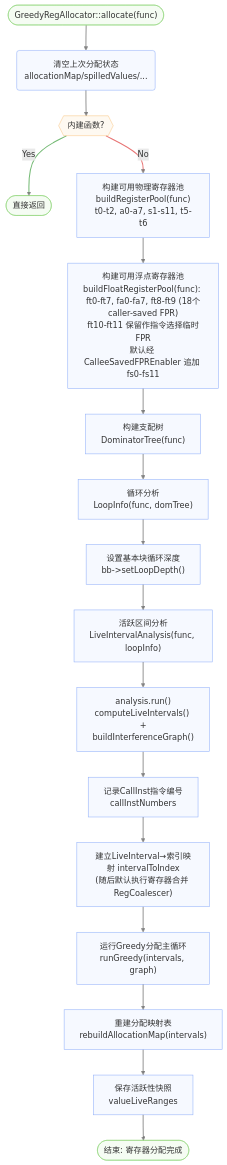
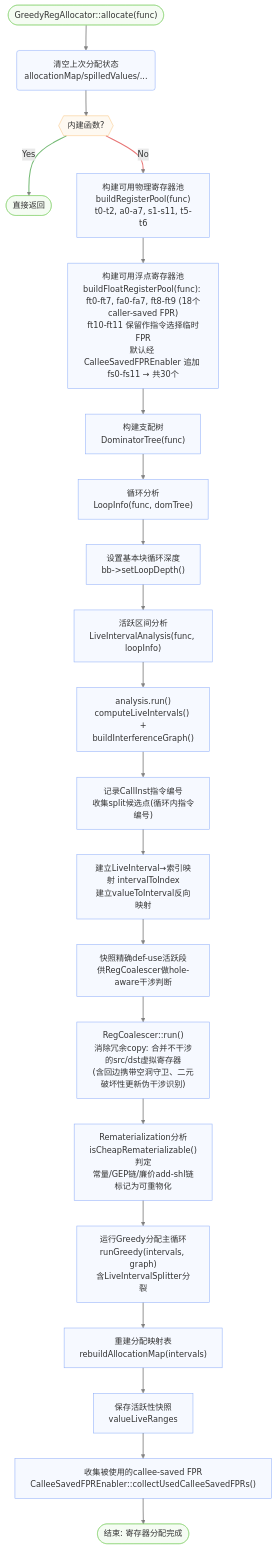
Before and after one commit to LLLLLLLLazy/compiler-lite: the first of 7 diagrams in docs/backend-regalloc.md, drawn with Mermaid. The commit also changed other lines of this file and 6 other files, not shown here.

````diff
--- a/docs/backend-regalloc.md
+++ b/docs/backend-regalloc.md
@@ -5,37 +5,42 @@
 ```mermaid
 flowchart TD
     Start(["GreedyRegAllocator::allocate(func)"]) --> Clear("清空上次分配状态<br>allocationMap/spilledValues/...")
 
     Clear --> BuiltinCheck{{"内建函数?"}}
     BuiltinCheck -- "Yes" --> Return(["直接返回"])
     BuiltinCheck -- "No" --> BuildPool["构建可用物理寄存器池<br>buildRegisterPool(func)<br>t0-t2, a0-a7, s1-s11, t5-t6"]
 
-    BuildPool --> BuildFloatPool["构建可用浮点寄存器池<br>buildFloatRegisterPool(func): ft0-ft7, fa0-fa7, ft8-ft9 (18个caller-saved FPR)<br>ft10-ft11 保留作指令选择临时FPR<br>默认经 CalleeSavedFPREnabler 追加 fs0-fs11"]
+    BuildPool --> BuildFloatPool["构建可用浮点寄存器池<br>buildFloatRegisterPool(func): ft0-ft7, fa0-fa7, ft8-ft9 (18个caller-saved FPR)<br>ft10-ft11 保留作指令选择临时FPR<br>默认经 CalleeSavedFPREnabler 追加 fs0-fs11 → 共30个"]
     BuildFloatPool --> DomTree["构建支配树<br>DominatorTree(func)"]
     DomTree --> LoopInfo["循环分析<br>LoopInfo(func, domTree)"]
     LoopInfo --> SetDepth["设置基本块循环深度<br>bb->setLoopDepth()"]
 
     SetDepth --> LIA["活跃区间分析<br>LiveIntervalAnalysis(func, loopInfo)"]
     LIA --> LIARun["analysis.run()<br>computeLiveIntervals() +<br>buildInterferenceGraph()"]
-    LIARun --> RecordCall["记录CallInst指令编号<br>callInstNumbers"]
-    RecordCall --> BuildIndex["建立LiveInterval→索引映射 intervalToIndex<br>(随后默认执行寄存器合并 RegCoalescer)"]
+    LIARun --> RecordCall["记录CallInst指令编号<br>收集split候选点(循环内指令编号)"]
+    RecordCall --> BuildIndex["建立LiveInterval→索引映射 intervalToIndex<br>建立valueToInterval反向映射"]
+    BuildIndex --> PreciseSnapshot["快照精确def-use活跃段<br>供RegCoalescer做hole-aware干涉判断"]
 
-    BuildIndex --> RunGreedy["运行Greedy分配主循环<br>runGreedy(intervals, graph)"]
+    PreciseSnapshot --> Coalesce["RegCoalescer::run()<br>消除冗余copy: 合并不干涉的src/dst虚拟寄存器<br>(含回边携带空洞守卫、二元破坏性更新伪干涉识别)"]
+    Coalesce --> Remat["Rematerialization分析<br>isCheapRematerializable()判定<br>常量/GEP链/廉价add-shl链标记为可重物化"]
+
+    Remat --> RunGreedy["运行Greedy分配主循环<br>runGreedy(intervals, graph)<br>含LiveIntervalSplitter分裂"]
     RunGreedy --> Rebuild["重建分配映射表<br>rebuildAllocationMap(intervals)"]
     Rebuild --> SaveLive["保存活跃性快照<br>valueLiveRanges"]
-    SaveLive --> End(["结束: 寄存器分配完成"])
+    SaveLive --> CollectFPR["收集被使用的callee-saved FPR<br>CalleeSavedFPREnabler::collectUsedCalleeSavedFPRs()"]
+    CollectFPR --> End(["结束: 寄存器分配完成"])
 
     %%Node styles
     classDef default fill:#E2EAFE4F,stroke:#5A88F6AF
     classDef endNode fill:#DDF4D84F,stroke:#7DCF62AF
     classDef decisionNode fill:#FCEBD34f,stroke:#F6AA4BAF
 
     %%Link styles
     linkStyle default stroke:#666666AF,stroke-width:2px
     linkStyle 2 stroke:#339933AF,stroke-width:2px
     linkStyle 3 stroke:#DD3333AF,stroke-width:2px
 
     %%Node classes
     class Start,End,Return endNode
     class BuiltinCheck decisionNode
 ```
````
